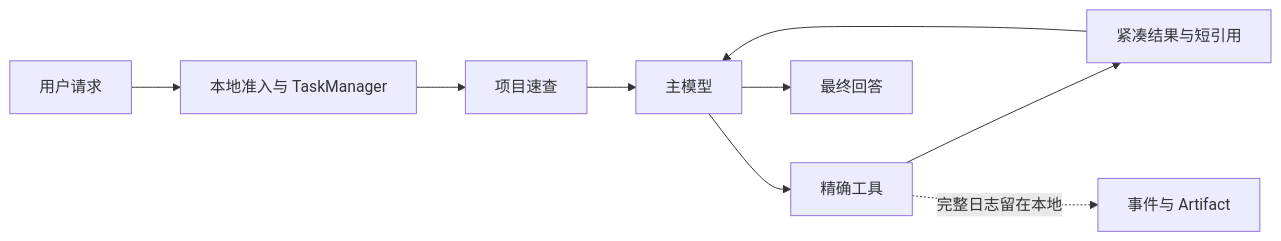
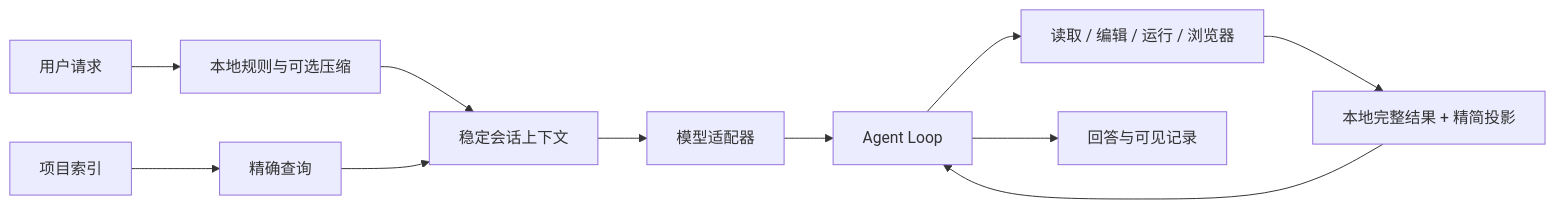
One commit to hacker123-dev1234/KnightFrame changed the diagram in README.md. Above: the diagram before and after it, drawn with Mermaid. The commit also changed other lines of this file and 33 other files, not shown here.

````diff
--- a/README.md
+++ b/README.md
@@ -44,11 +11,13 @@
 ```mermaid
 flowchart LR
-    U[用户请求] --> A[本地准入与 TaskManager]
-    A --> Q[项目速查]
-    Q --> M[主模型]
-    M --> T[精确工具]
-    T --> R[紧凑结果与短引用]
-    R --> M
-    M --> O[最终回答]
-    T -.完整日志留在本地.-> L[事件与 Artifact]
+    U[用户请求] --> R[本地规则与可选压缩]
+    R --> C[稳定会话上下文]
+    I[项目索引] --> Q[精确查询]
+    Q --> C
+    C --> A[模型适配器]
+    A --> L[Agent Loop]
+    L --> T[读取 / 编辑 / 运行 / 浏览器]
+    T --> P[本地完整结果 + 精简投影]
+    P --> L
+    L --> O[回答与可见记录]
 ```
````
